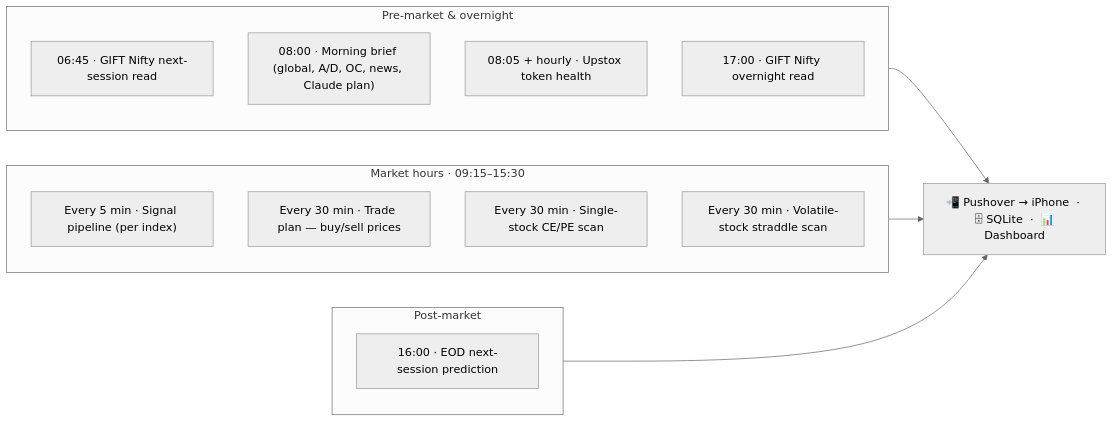
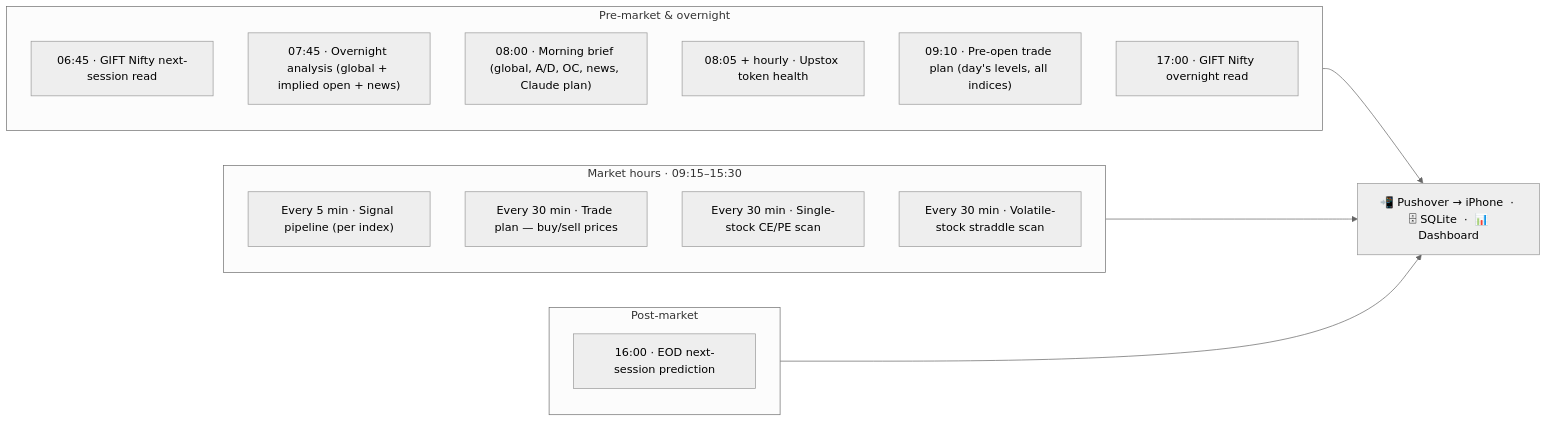
Before and after one commit to payal692jain/learning_pj1706: the first of 2 diagrams in README.md, drawn with Mermaid (neutral theme). The commit also changed 3 other files, not shown here.

First line of the commit message:
Add overnight analysis (07:45) and pre-open trade plan (09:10)

````diff
--- a/README.md
+++ b/README.md
@@ -145,24 +145,26 @@
 ```mermaid
 flowchart LR
     subgraph PRE["Pre-market & overnight"]
         direction TB
         A1["06:45 · GIFT Nifty next-session read"]
+        A5["07:45 · Overnight analysis (global + implied open + news)"]
         A2["08:00 · Morning brief (global, A/D, OC, news, Claude plan)"]
         A3["08:05 + hourly · Upstox token health"]
+        A6["09:10 · Pre-open trade plan (day's levels, all indices)"]
         A4["17:00 · GIFT Nifty overnight read"]
     end
     subgraph MKT["Market hours · 09:15–15:30"]
         direction TB
         B1["Every 5 min · Signal pipeline (per index)"]
         B2["Every 30 min · Trade plan — buy/sell prices"]
         B3["Every 30 min · Single-stock CE/PE scan"]
         B4["Every 30 min · Volatile-stock straddle scan"]
     end
     subgraph POST["Post-market"]
         direction TB
         C1["16:00 · EOD next-session prediction"]
     end
     PRE --> OUT["📲 Pushover → iPhone  ·  🗄 SQLite  ·  📊 Dashboard"]
     MKT --> OUT
     POST --> OUT
 ```
````
